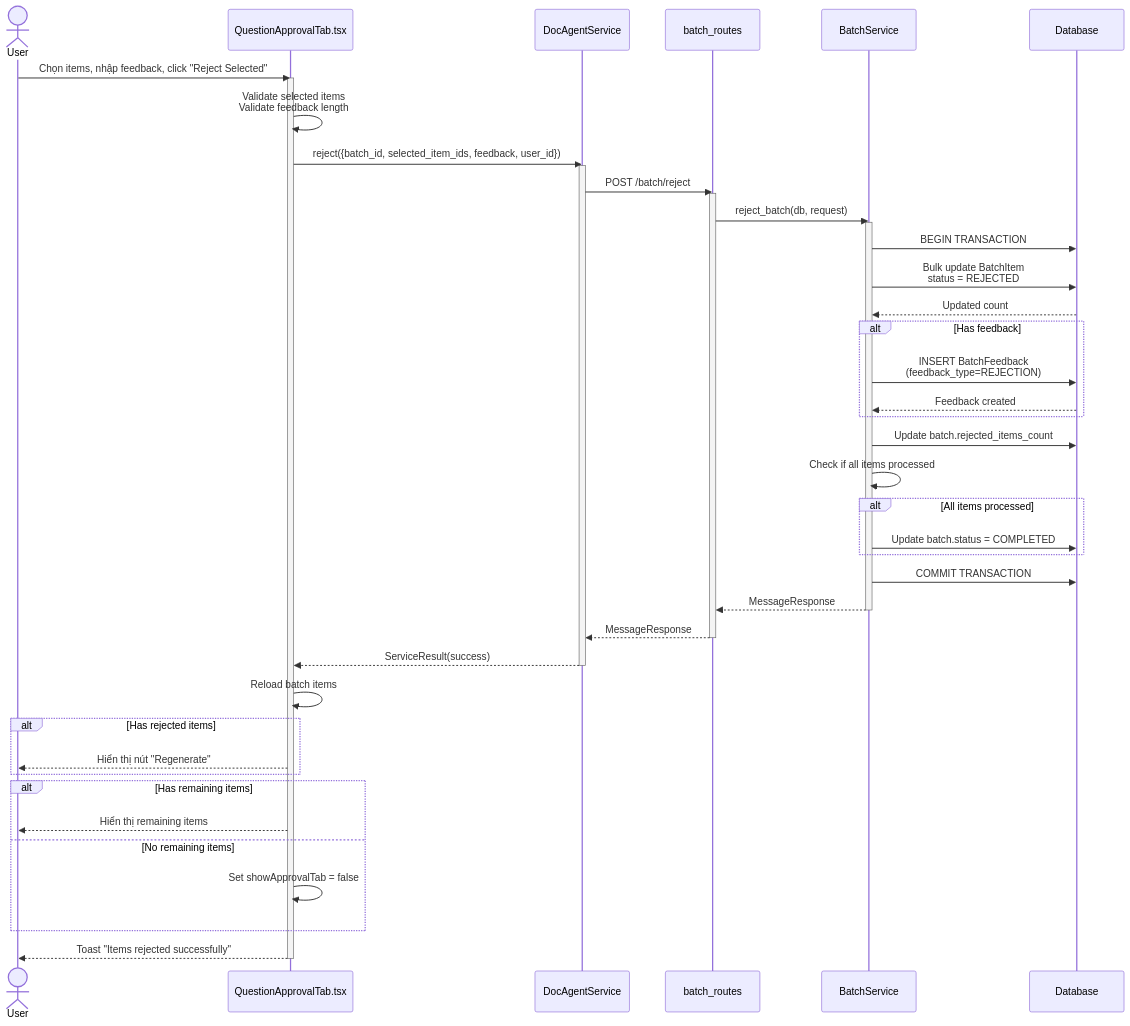
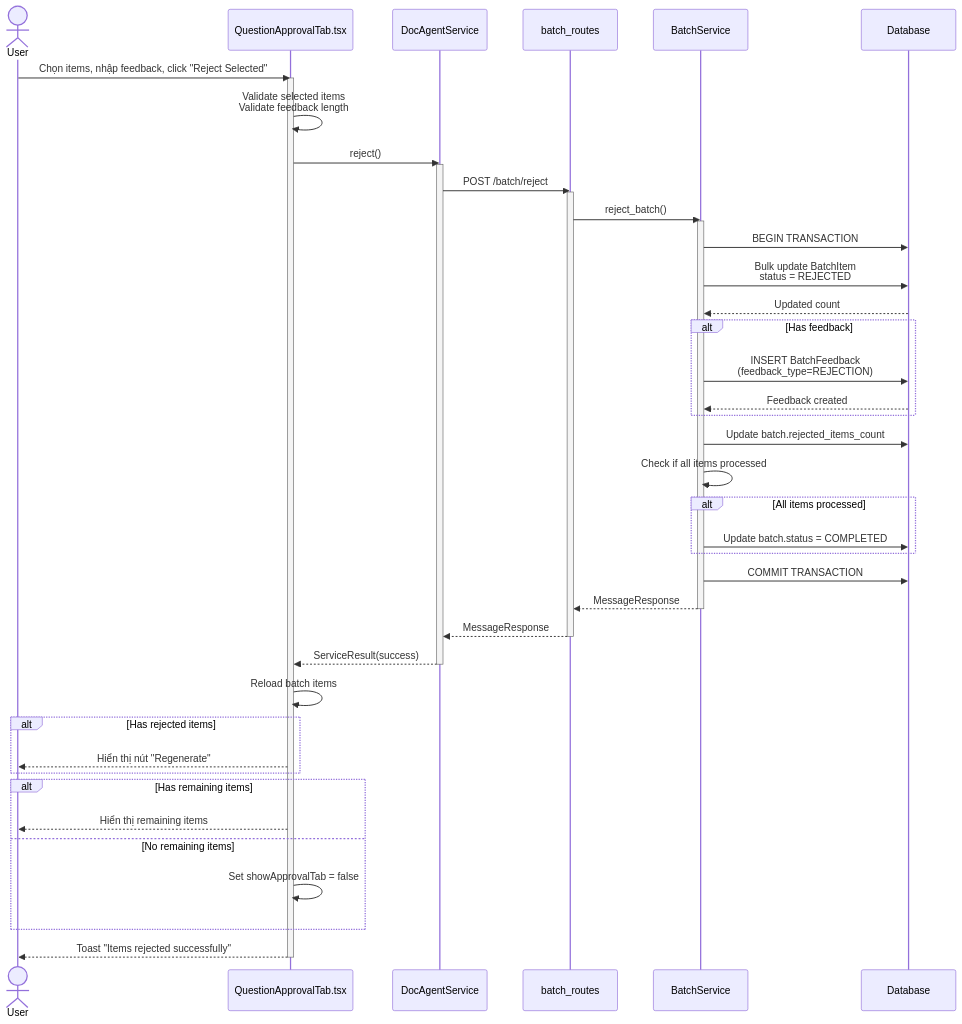
One commit to mduc-2610/gp_doc changed diagram 11 of 12 in generation/4_generation_batch_seq.md. Above: the diagram before and after it, drawn with Mermaid. The commit also changed other lines of this file and 10 other files, not shown here.

````diff
--- a/generation/4_generation_batch_seq.md
+++ b/generation/4_generation_batch_seq.md
@@ -385,63 +912,63 @@
 ```mermaid
 sequenceDiagram
     actor User
     participant QuestionApprovalTab as QuestionApprovalTab.tsx
     participant DocAgentService as DocAgentService
     participant BatchRoutes as batch_routes
     participant BatchService as BatchService
     participant DB as Database
 
     User->>QuestionApprovalTab: Chọn items, nhập feedback, click "Reject Selected"
     activate QuestionApprovalTab
     
     QuestionApprovalTab->>QuestionApprovalTab: Validate selected items<br/>Validate feedback length
     
-    QuestionApprovalTab->>DocAgentService: reject({batch_id, selected_item_ids, feedback, user_id})
+    QuestionApprovalTab->>DocAgentService: reject()
     activate DocAgentService
     DocAgentService->>BatchRoutes: POST /batch/reject
     activate BatchRoutes
     
-    BatchRoutes->>BatchService: reject_batch(db, request)
+    BatchRoutes->>BatchService: reject_batch()
     activate BatchService
     BatchService->>DB: BEGIN TRANSACTION
     
     BatchService->>DB: Bulk update BatchItem<br/>status = REJECTED
     DB-->>BatchService: Updated count
     
     alt Has feedback
         BatchService->>DB: INSERT BatchFeedback<br/>(feedback_type=REJECTION)
         DB-->>BatchService: Feedback created
     end
     
     BatchService->>DB: Update batch.rejected_items_count
     
     BatchService->>BatchService: Check if all items processed
     alt All items processed
         BatchService->>DB: Update batch.status = COMPLETED
     end
     
     BatchService->>DB: COMMIT TRANSACTION
     
     BatchService-->>BatchRoutes: MessageResponse
     deactivate BatchService
     
     BatchRoutes-->>DocAgentService: MessageResponse
     deactivate BatchRoutes
     DocAgentService-->>QuestionApprovalTab: ServiceResult(success)
     deactivate DocAgentService
     
     QuestionApprovalTab->>QuestionApprovalTab: Reload batch items
     
     alt Has rejected items
         QuestionApprovalTab-->>User: Hiển thị nút "Regenerate"
     end
     
     alt Has remaining items
         QuestionApprovalTab-->>User: Hiển thị remaining items
     else No remaining items
         QuestionApprovalTab->>QuestionApprovalTab: Set showApprovalTab = false
     end
     
     QuestionApprovalTab-->>User: Toast "Items rejected successfully"
     deactivate QuestionApprovalTab
 ```
````
